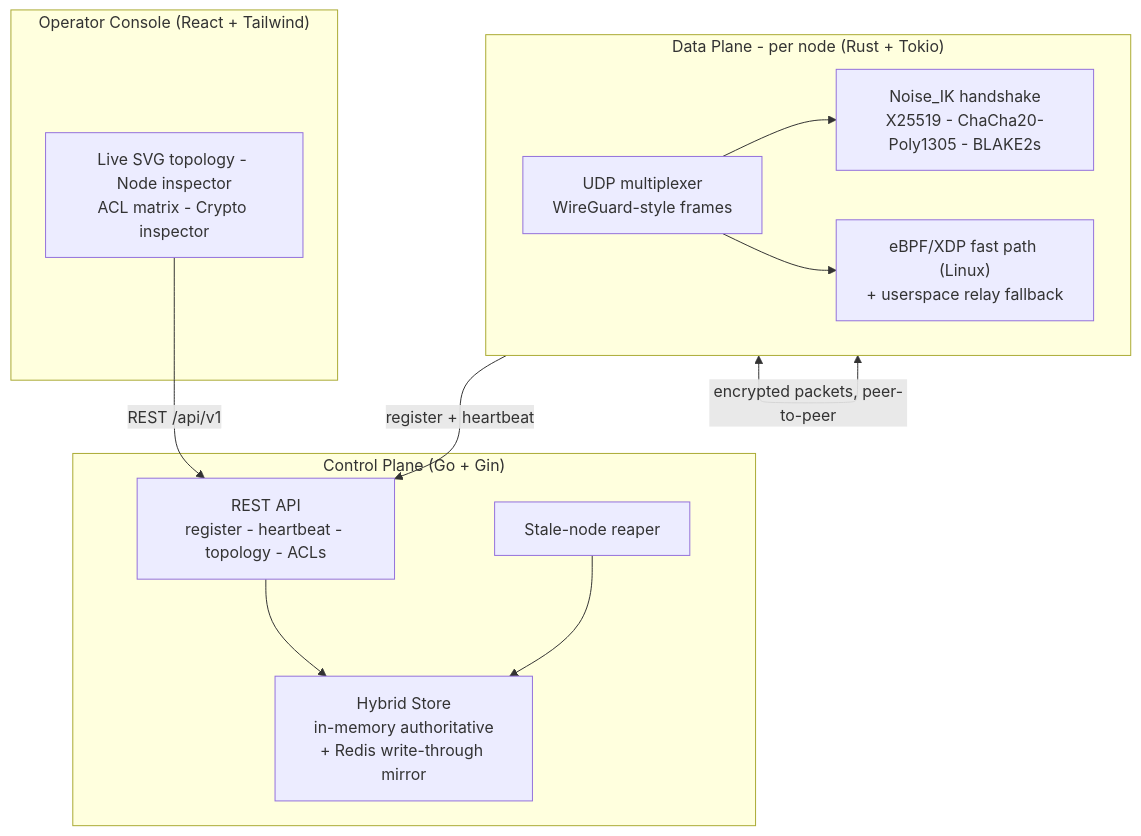
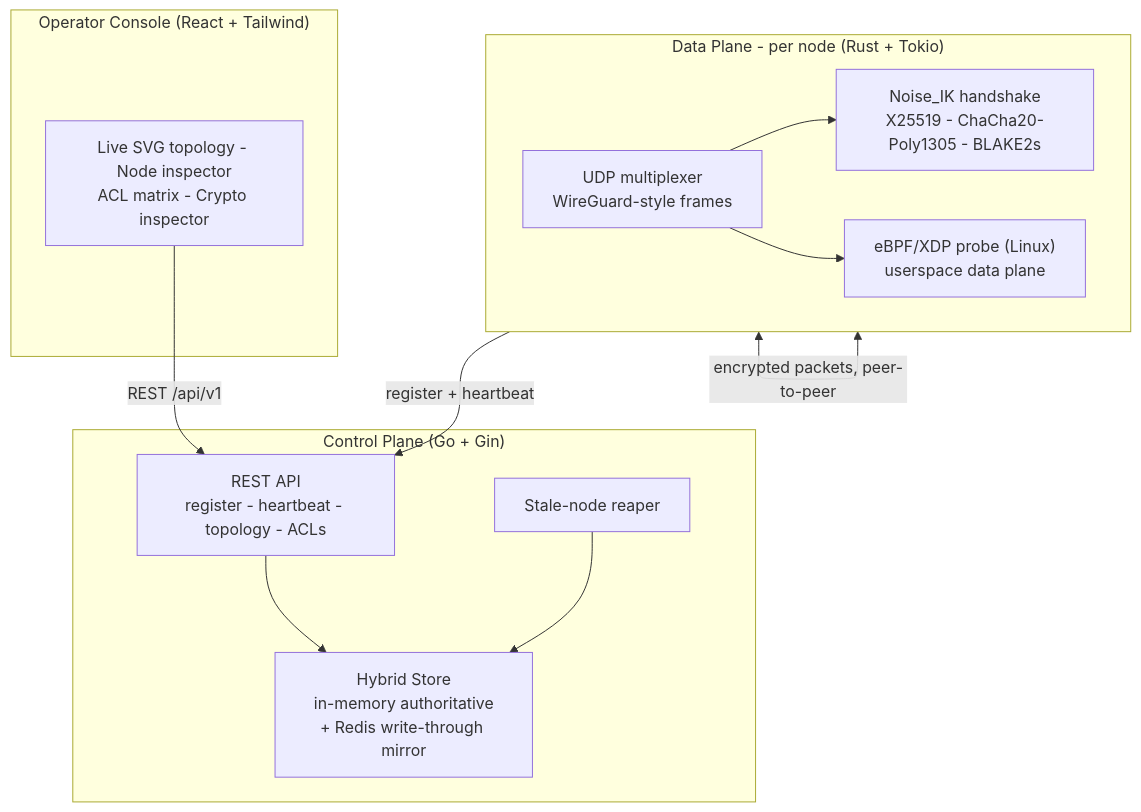
One commit to Thegreatprabh/KronosMesh changed the diagram in README.md. Above: the diagram before and after it, drawn with Mermaid. The commit also changed other lines of this file and 16 other files, not shown here.

````diff
--- a/README.md
+++ b/README.md
@@ -35,26 +35,26 @@
 ```mermaid
 flowchart TB
     subgraph CP["Control Plane (Go + Gin)"]
         API["REST API<br/>register - heartbeat - topology - ACLs"]
         STORE["Hybrid Store<br/>in-memory authoritative<br/>+ Redis write-through mirror"]
         REAPER["Stale-node reaper"]
         API --> STORE
         REAPER --> STORE
     end
 
     subgraph UI["Operator Console (React + Tailwind)"]
         DASH["Live SVG topology - Node inspector<br/>ACL matrix - Crypto inspector"]
     end
 
     subgraph DP["Data Plane  -  per node (Rust + Tokio)"]
         TUN["UDP multiplexer<br/>WireGuard-style frames"]
         NOISE["Noise_IK handshake<br/>X25519 - ChaCha20-Poly1305 - BLAKE2s"]
-        XDP["eBPF/XDP fast path (Linux)<br/>+ userspace relay fallback"]
+        XDP["eBPF/XDP probe (Linux)<br/>userspace data plane"]
         TUN --> NOISE
         TUN --> XDP
     end
 
     DASH -->|"REST /api/v1"| API
     DP -->|"register + heartbeat"| API
     DP <-->|"encrypted packets, peer-to-peer"| DP
 ```
````
